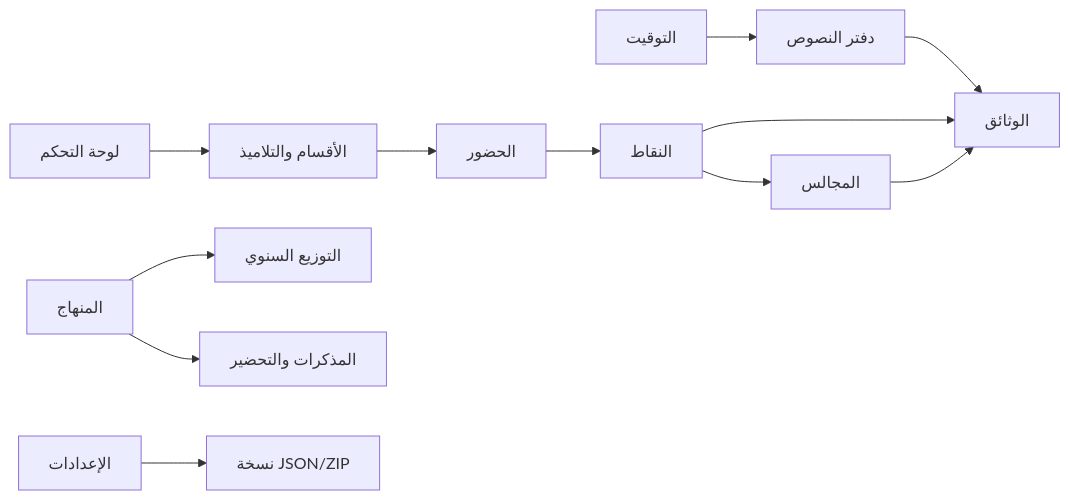
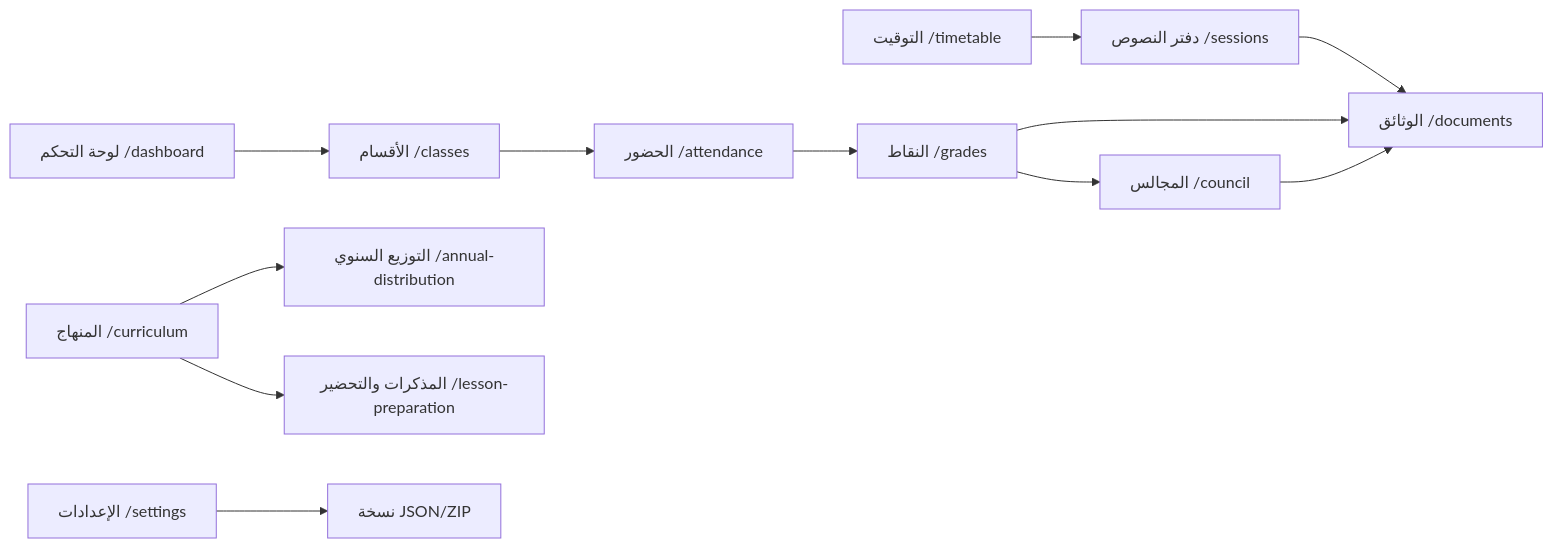
Before and after one commit to hichamabderr/Ostad: the second of 3 diagrams in DESIGN.md, drawn with Mermaid. The commit also changed other lines of this file and 84 other files, not shown here.

Commit message:
feat: add new pages and loading/error components for lesson preparation, sessions, and settings

````diff
--- a/DESIGN.md
+++ b/DESIGN.md
@@ -69,14 +79,14 @@
 ```mermaid
 flowchart LR
-    Dashboard[لوحة التحكم] --> Classes[الأقسام والتلاميذ]
-    Classes --> Attendance[الحضور]
-    Attendance --> Grades[النقاط]
-    Grades --> Council[المجالس]
-    Timetable[التوقيت] --> Sessions[دفتر النصوص]
-    Curriculum[المنهاج] --> Annual[التوزيع السنوي]
-    Curriculum --> Prep[المذكرات والتحضير]
-    Sessions --> Docs[الوثائق]
+    Dashboard[لوحة التحكم /dashboard] --> Classes[الأقسام /classes]
+    Classes --> Attendance[الحضور /attendance]
+    Attendance --> Grades[النقاط /grades]
+    Grades --> Council[المجالس /council]
+    Timetable[التوقيت /timetable] --> Sessions[دفتر النصوص /sessions]
+    Curriculum[المنهاج /curriculum] --> Annual[التوزيع السنوي /annual-distribution]
+    Curriculum --> Prep[المذكرات والتحضير /lesson-preparation]
+    Sessions --> Docs[الوثائق /documents]
     Grades --> Docs
     Council --> Docs
-    Settings[الإعدادات] --> Backup[نسخة JSON/ZIP]
+    Settings[الإعدادات /settings] --> Backup[نسخة JSON/ZIP]
 ```
````
